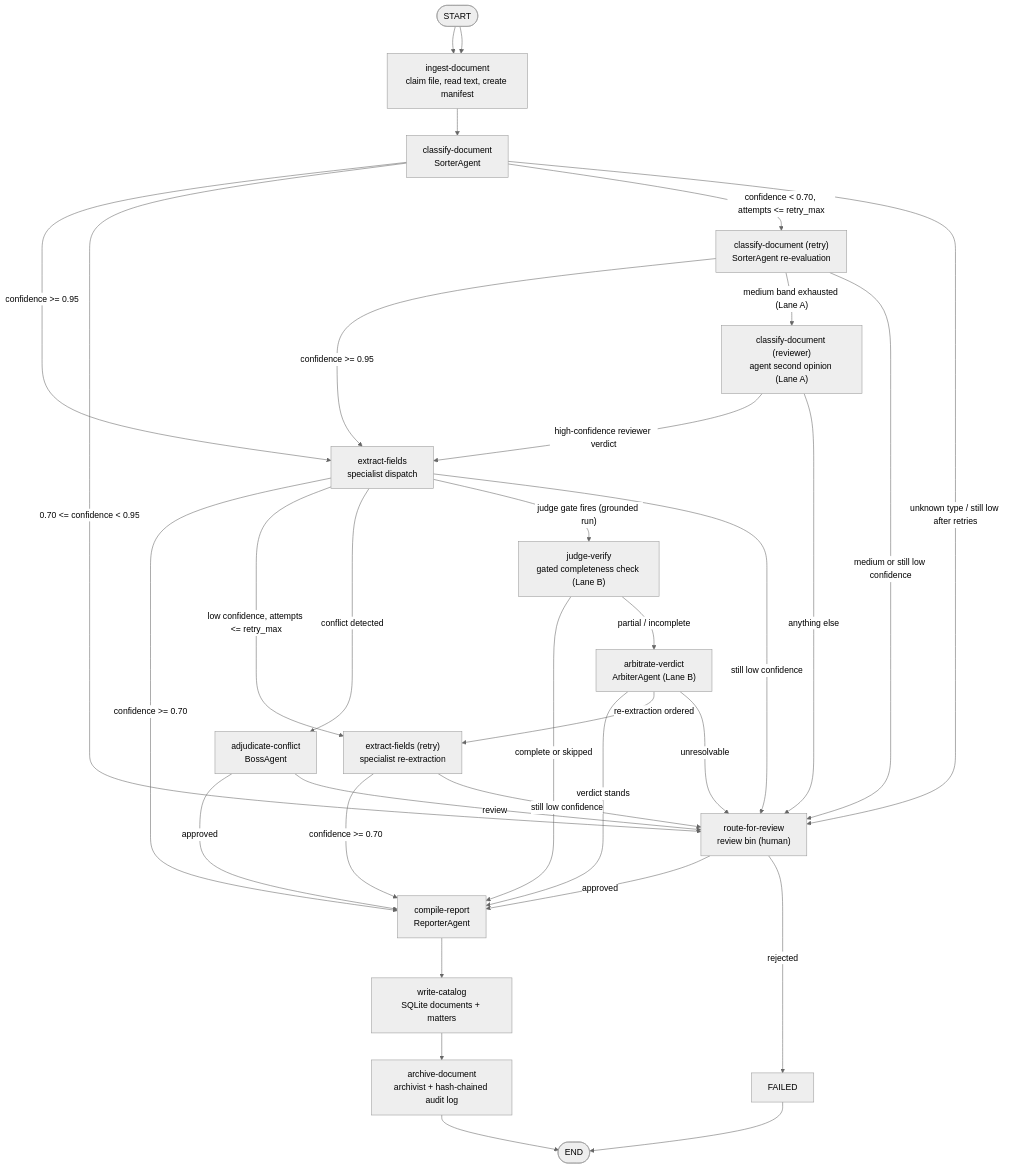
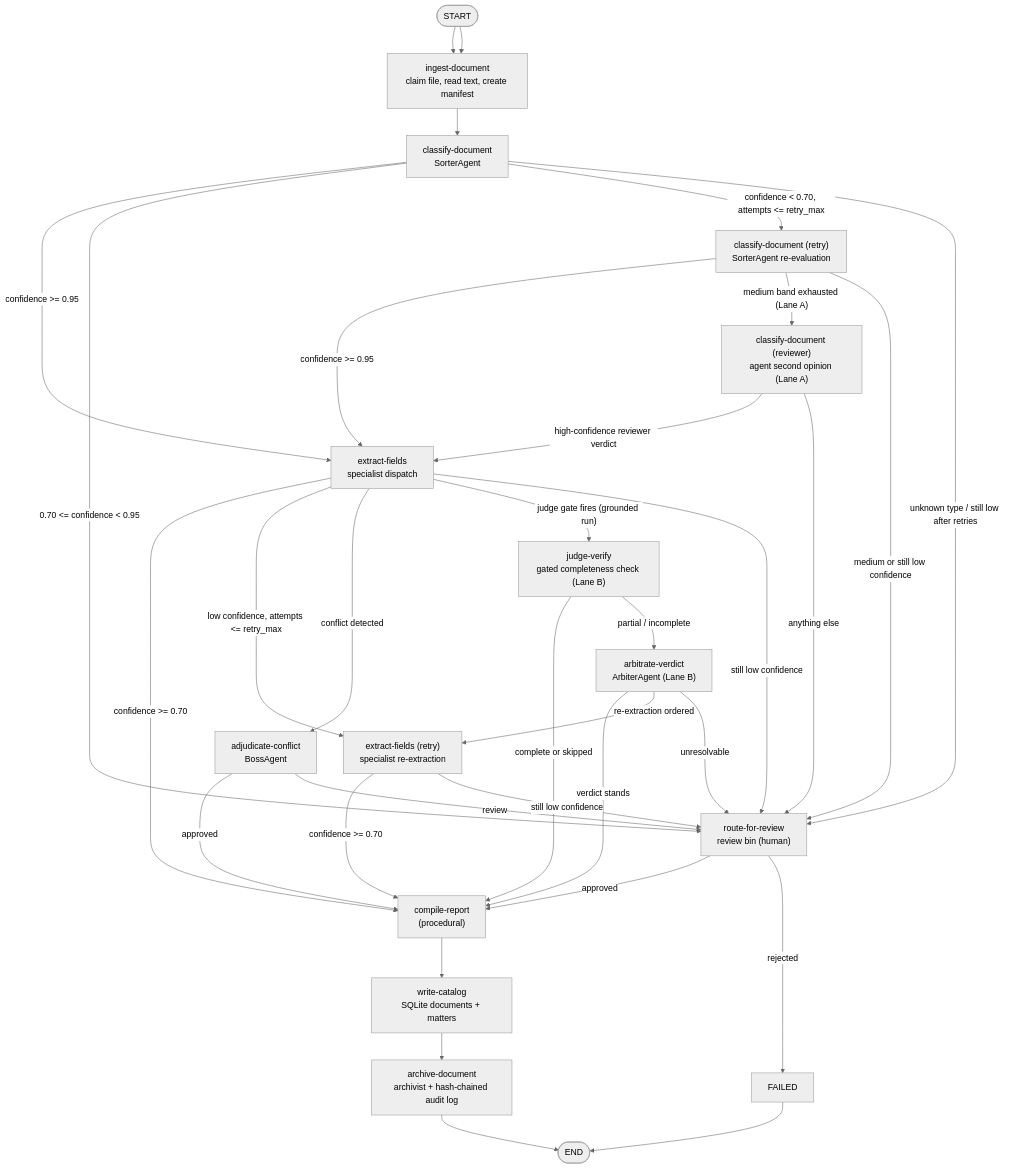
Before and after one commit to Exios66/llm-mailroom: the first of 2 diagrams in README.md, drawn with Mermaid (neutral theme). The commit also changed other lines of this file and 58 other files, not shown here.

````diff
--- a/README.md
+++ b/README.md
@@ -120,53 +120,53 @@
 ```mermaid
 flowchart TD
     START([START]) --> INGEST
 
     INGEST["ingest-document<br/>claim file, read text, create manifest"]
     CLASSIFY["classify-document<br/>SorterAgent"]
     RETRY_CLASS["classify-document (retry)<br/>SorterAgent re-evaluation"]
     REVIEW_CLASS["classify-document (reviewer)<br/>agent second opinion (Lane A)"]
     EXTRACT["extract-fields<br/>specialist dispatch"]
     RETRY_EXTRACT["extract-fields (retry)<br/>specialist re-extraction"]
     JUDGE["judge-verify<br/>gated completeness check (Lane B)"]
     ARBITER["arbitrate-verdict<br/>ArbiterAgent (Lane B)"]
     BOSS["adjudicate-conflict<br/>BossAgent"]
     REVIEW["route-for-review<br/>review bin (human)"]
-    REPORT["compile-report<br/>ReporterAgent"]
+    REPORT["compile-report<br/>(procedural)"]
     CATALOG["write-catalog<br/>SQLite documents + matters"]
     ARCHIVE["archive-document<br/>archivist + hash-chained audit log"]
     FAILED["FAILED"]
     ENDX([END])
 
     START --> INGEST
     INGEST --> CLASSIFY
 
     CLASSIFY -- "confidence >= 0.95" --> EXTRACT
     CLASSIFY -- "0.70 <= confidence < 0.95" --> REVIEW
     CLASSIFY -- "confidence < 0.70, attempts <= retry_max" --> RETRY_CLASS
     CLASSIFY -- "unknown type / still low after retries" --> REVIEW
     RETRY_CLASS -- "confidence >= 0.95" --> EXTRACT
     RETRY_CLASS -- "medium band exhausted (Lane A)" --> REVIEW_CLASS
     RETRY_CLASS -- "medium or still low confidence" --> REVIEW
     REVIEW_CLASS -- "high-confidence reviewer verdict" --> EXTRACT
     REVIEW_CLASS -- "anything else" --> REVIEW
 
     EXTRACT -- "confidence >= 0.70" --> REPORT
     EXTRACT -- "low confidence, attempts <= retry_max" --> RETRY_EXTRACT
     EXTRACT -- "conflict detected" --> BOSS
     EXTRACT -- "judge gate fires (grounded run)" --> JUDGE
     EXTRACT -- "still low confidence" --> REVIEW
     RETRY_EXTRACT -- "confidence >= 0.70" --> REPORT
     RETRY_EXTRACT -- "still low confidence" --> REVIEW
 
     JUDGE -- "complete or skipped" --> REPORT
     JUDGE -- "partial / incomplete" --> ARBITER
     ARBITER -- "verdict stands" --> REPORT
     ARBITER -- "re-extraction ordered" --> RETRY_EXTRACT
     ARBITER -- "unresolvable" --> REVIEW
     BOSS -- "approved" --> REPORT
     BOSS -- "review" --> REVIEW
     REVIEW -- "approved" --> REPORT
     REVIEW -- "rejected" --> FAILED --> ENDX
 
     REPORT --> CATALOG --> ARCHIVE --> ENDX
 ```
````
